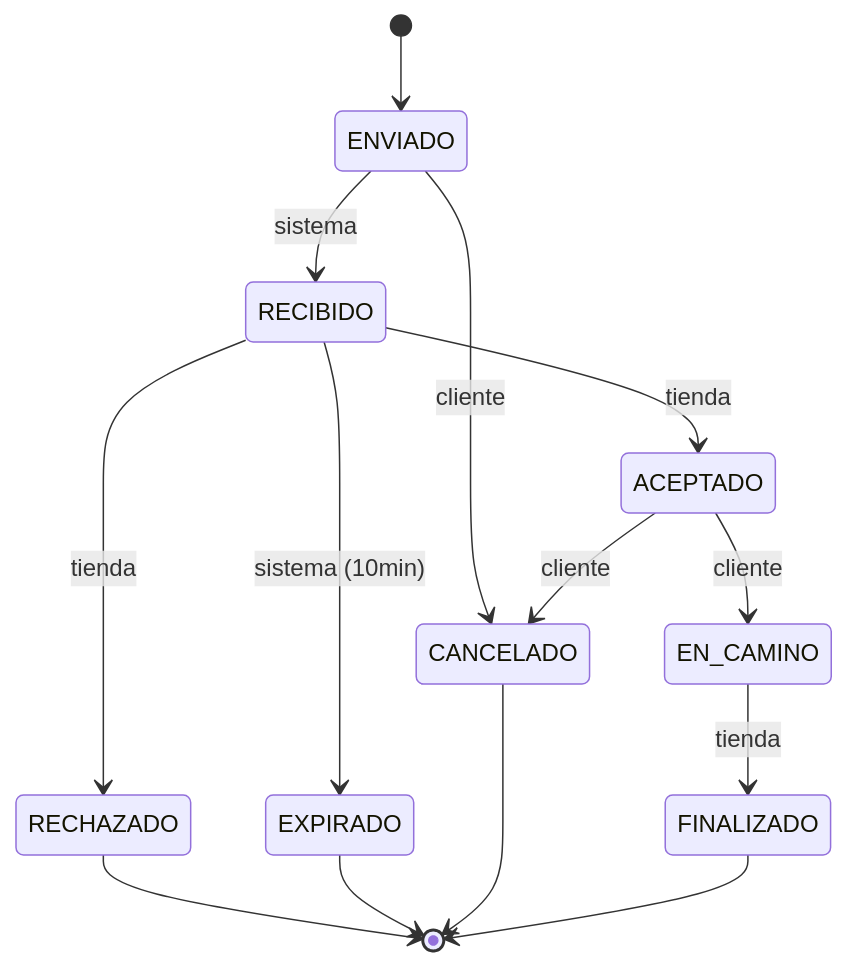
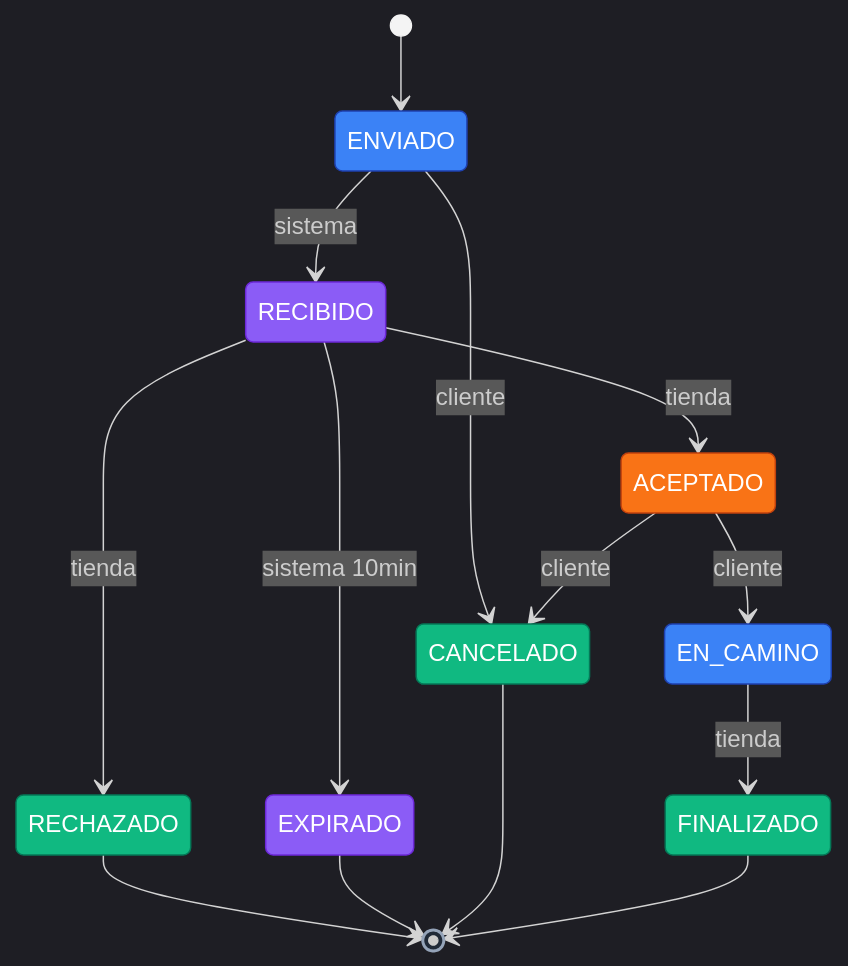
The first of 2 diagrams in README.md (MartinOfi/ambulante), drawn with Mermaid before and after one commit. The commit also changed other lines of this file, not shown here.

````diff
--- a/README.md
+++ b/README.md
@@ -64,16 +123,30 @@
 ```mermaid
+%%{init: {'theme':'dark', 'themeVariables': {
+  'primaryColor':'#1f2937','primaryTextColor':'#f9fafb','primaryBorderColor':'#f97316',
+  'lineColor':'#94a3b8','background':'#0a0a0a','mainBkg':'#1f2937'
+}}}%%
 stateDiagram-v2
     [*] --> ENVIADO
     ENVIADO --> RECIBIDO: sistema
     ENVIADO --> CANCELADO: cliente
     RECIBIDO --> ACEPTADO: tienda
     RECIBIDO --> RECHAZADO: tienda
-    RECIBIDO --> EXPIRADO: sistema (10min)
+    RECIBIDO --> EXPIRADO: sistema 10min
     ACEPTADO --> EN_CAMINO: cliente
     ACEPTADO --> CANCELADO: cliente
     EN_CAMINO --> FINALIZADO: tienda
     RECHAZADO --> [*]
     EXPIRADO --> [*]
     CANCELADO --> [*]
     FINALIZADO --> [*]
+
+    classDef cliente fill:#3B82F6,color:#fff,stroke:#1e40af
+    classDef tienda fill:#F97316,color:#fff,stroke:#c2410c
+    classDef sistema fill:#8B5CF6,color:#fff,stroke:#6d28d9
+    classDef terminal fill:#10B981,color:#fff,stroke:#047857
+
+    class ENVIADO,EN_CAMINO cliente
+    class ACEPTADO tienda
+    class RECIBIDO,EXPIRADO sistema
+    class FINALIZADO,RECHAZADO,CANCELADO terminal
 ```
````
